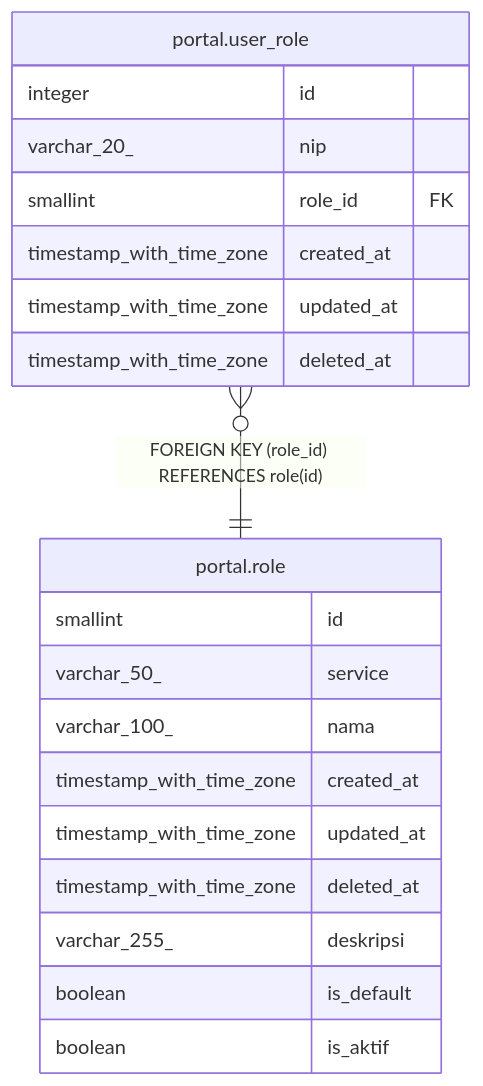
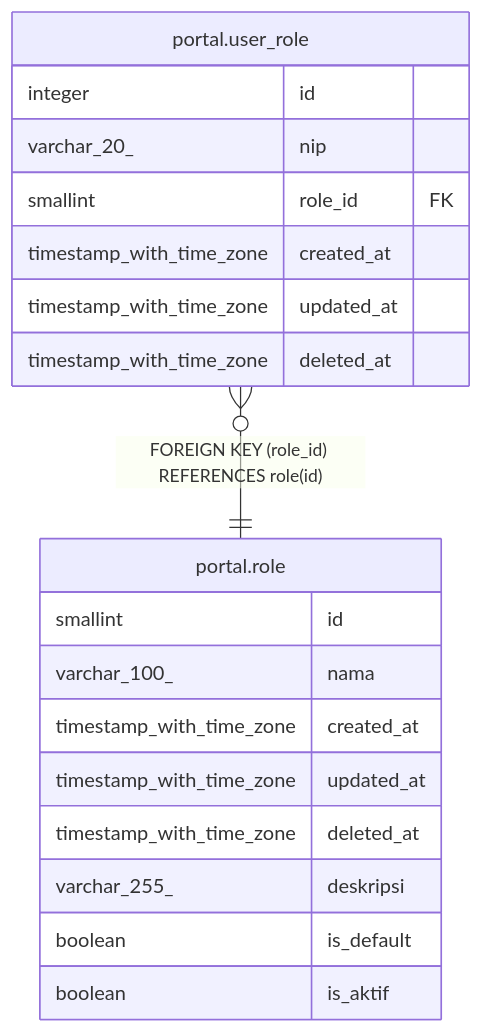
The diagram in services/portal/docs/db/portal.user_role.md (nandanugg/triforce.nvim), drawn with Mermaid before and after one commit. The commit also changed 13 other files, not shown here.

````diff
--- a/services/portal/docs/db/portal.user_role.md
+++ b/services/portal/docs/db/portal.user_role.md
@@ -33,25 +33,24 @@
 ```mermaid
 erDiagram
 
 "portal.user_role" }o--|| "portal.role" : "FOREIGN KEY (role_id) REFERENCES role(id)"
 
 "portal.user_role" {
   integer id
   varchar_20_ nip
   smallint role_id FK
   timestamp_with_time_zone created_at
   timestamp_with_time_zone updated_at
   timestamp_with_time_zone deleted_at
 }
 "portal.role" {
   smallint id
-  varchar_50_ service
   varchar_100_ nama
   timestamp_with_time_zone created_at
   timestamp_with_time_zone updated_at
   timestamp_with_time_zone deleted_at
   varchar_255_ deskripsi
   boolean is_default
   boolean is_aktif
 }
 ```
````
